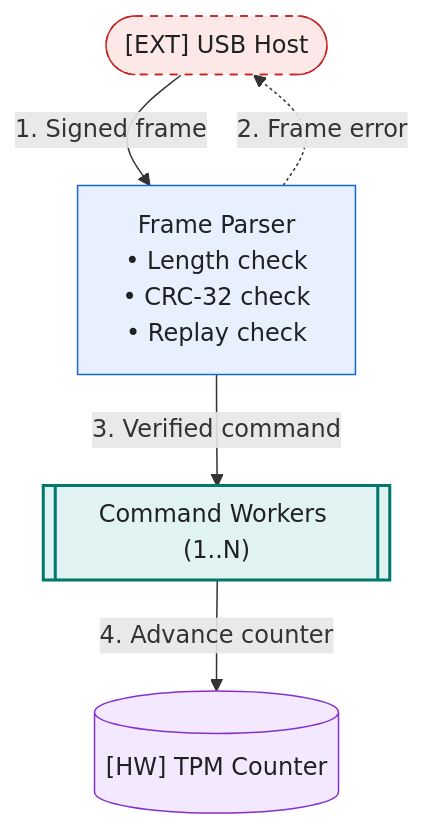
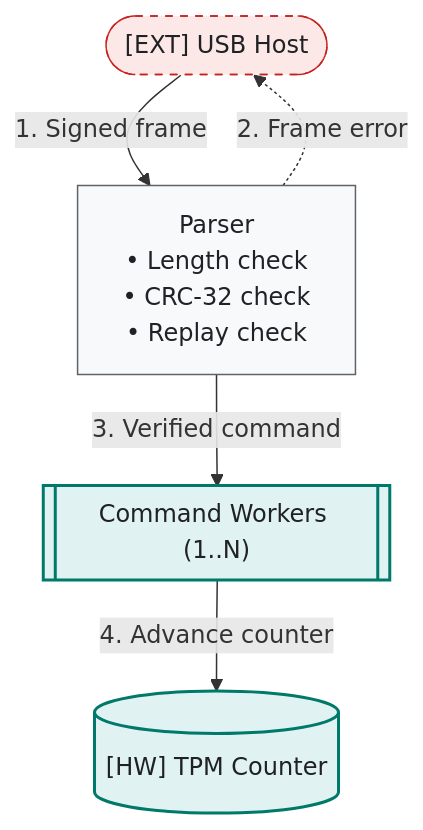
Before and after one commit to vsukhoml/skills: the second of 2 diagrams in tech-docs-diagrams/references/patterns_and_gdocs.md, drawn with Mermaid. The commit also changed other lines of this file and 15 other files, not shown here.

````diff
--- a/tech-docs-diagrams/references/patterns_and_gdocs.md
+++ b/tech-docs-diagrams/references/patterns_and_gdocs.md
@@ -100,18 +86,16 @@
 ```mermaid
 flowchart TD
   USB(["[EXT] USB Host"]):::ext
-  P["Frame Parser<br/>• Length check<br/>• CRC-32 check<br/>• Replay check"]
+  P["Parser<br/>• Length check<br/>• CRC-32 check<br/>• Replay check"]:::ctx
   Workers[["Command Workers (1..N)"]]:::trusted
-  TPM[("[HW] TPM Counter")]:::hw
+  TPM[("[HW] TPM Counter")]:::trusted
 
   USB -->|"1. Signed frame"| P
   P -.->|"2. Frame error"| USB
   P -->|"3. Verified command"| Workers
   Workers -->|"4. Advance counter"| TPM
 
-  class P kernel
   classDef ext fill:#FCE8E6,stroke:#C5221F,stroke-dasharray:5 5,color:#202124
-  classDef kernel fill:#E8F0FE,stroke:#1967D2,color:#202124
+  classDef ctx fill:#F8F9FA,stroke:#5F6368,color:#202124
   classDef trusted fill:#E0F2F1,stroke:#00796B,stroke-width:2px,color:#202124
-  classDef hw fill:#F3E8FD,stroke:#8430CE,color:#202124
 ```
````
